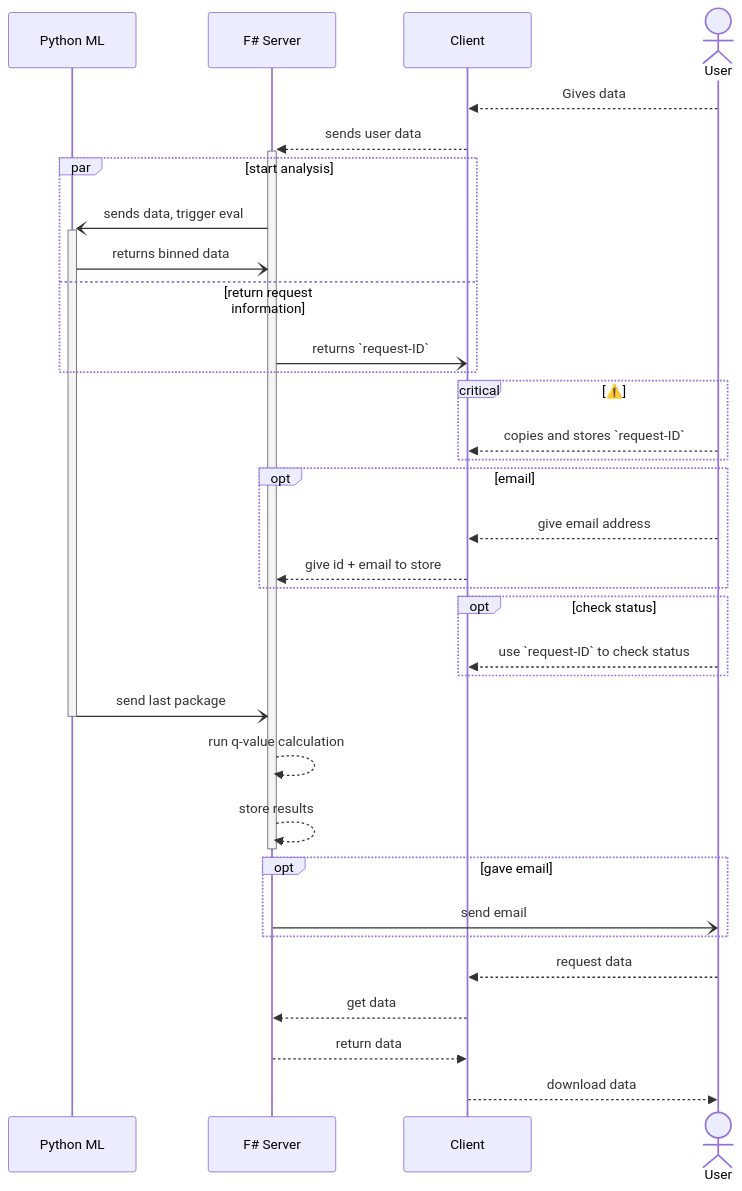
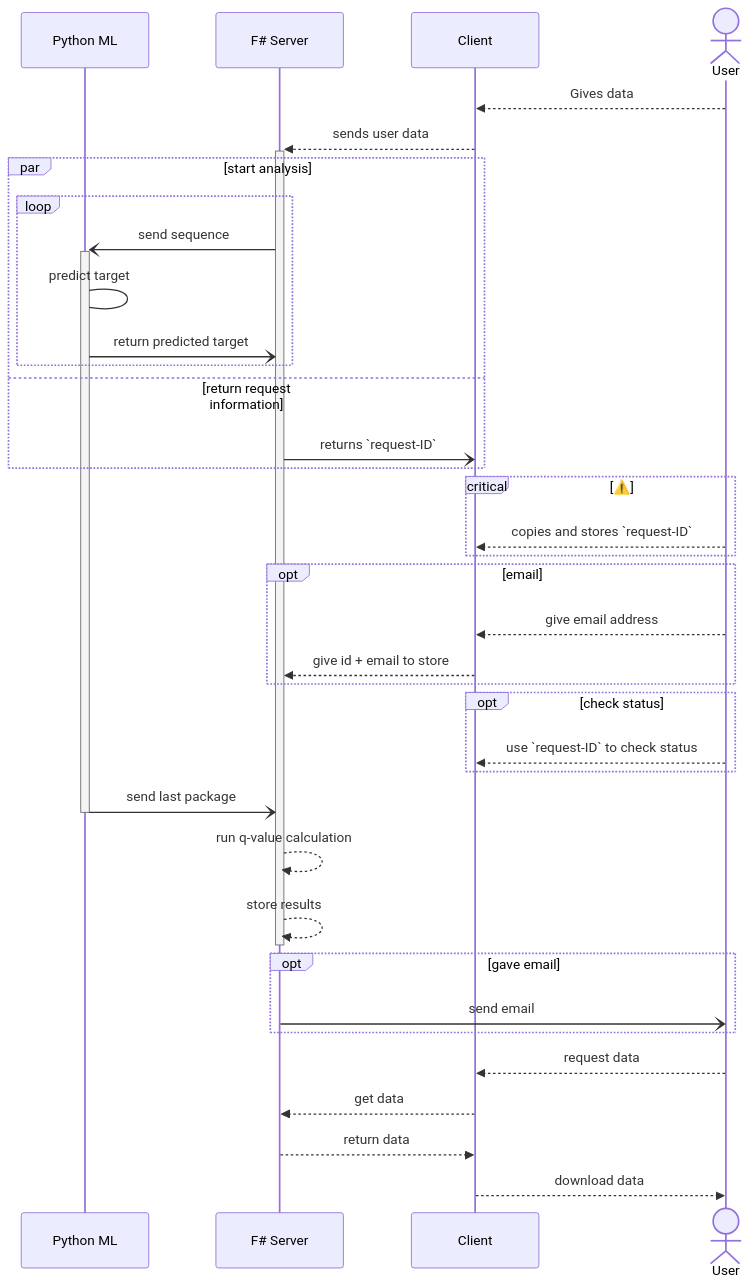
The diagram in README.md (CSBiology/ChlamyAtlas), drawn with Mermaid before and after one commit.

````diff
--- a/README.md
+++ b/README.md
@@ -218,37 +218,40 @@
 ```mermaid
 sequenceDiagram
     participant py as Python ML
     participant net as F#35; Server
     participant c as Client
     actor u as User
     u -->> c: Gives data
     c -->>+net: sends user data
     par start analysis
-    net-)+py: sends data, trigger eval
-    py-)net: returns binned data
+    loop
+    net-)+py: send sequence
+    py->py: predict target
+    py-)net: return predicted target
+    end
     and return request information
     net -) c: returns `request-ID`
     end
     critical ⚠️
     u -->> c: copies and stores `request-ID`
     end
     opt email
     u -->> c: give email address
     c -->> net: give id + email to store
     end
     opt check status
     u -->> c: use `request-ID` to check status
     end
     py-)net: send last package
     deactivate py
     net-->>net: run q-value calculation
     net-->>net: store results
     deactivate net
     opt gave email
     net-)u: send email
     end
     u -->> c: request data
     c-->>net: get data
     net-->>c: return data
     c-->>u: download data
 ```
````
